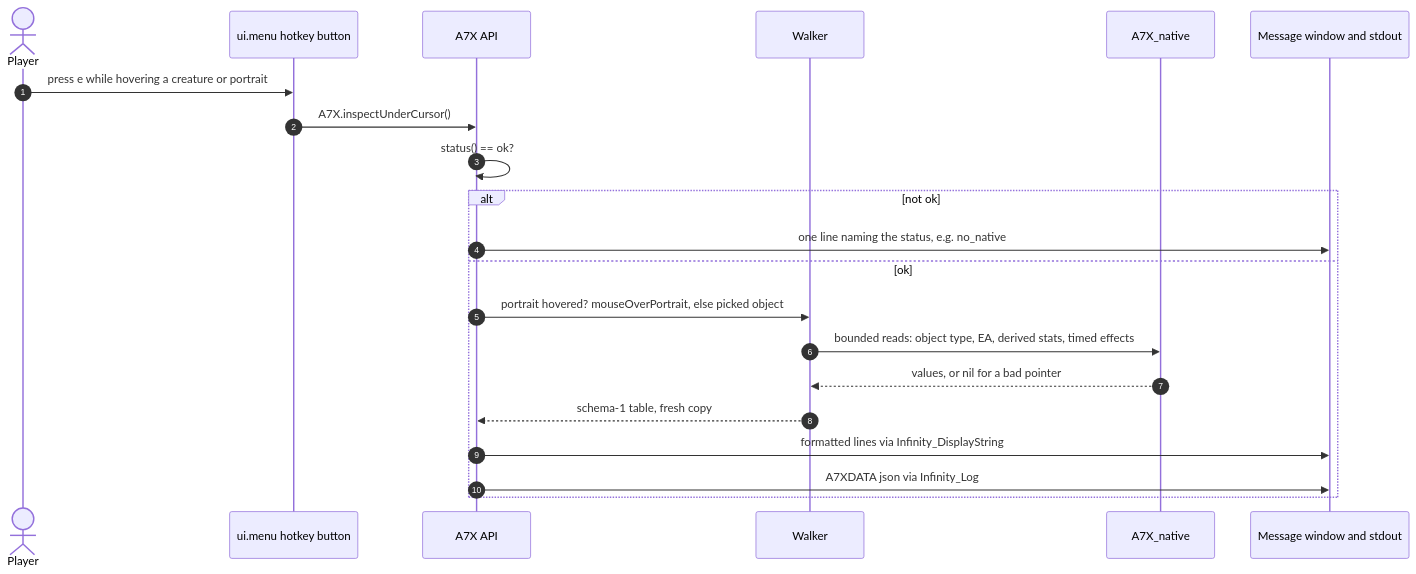
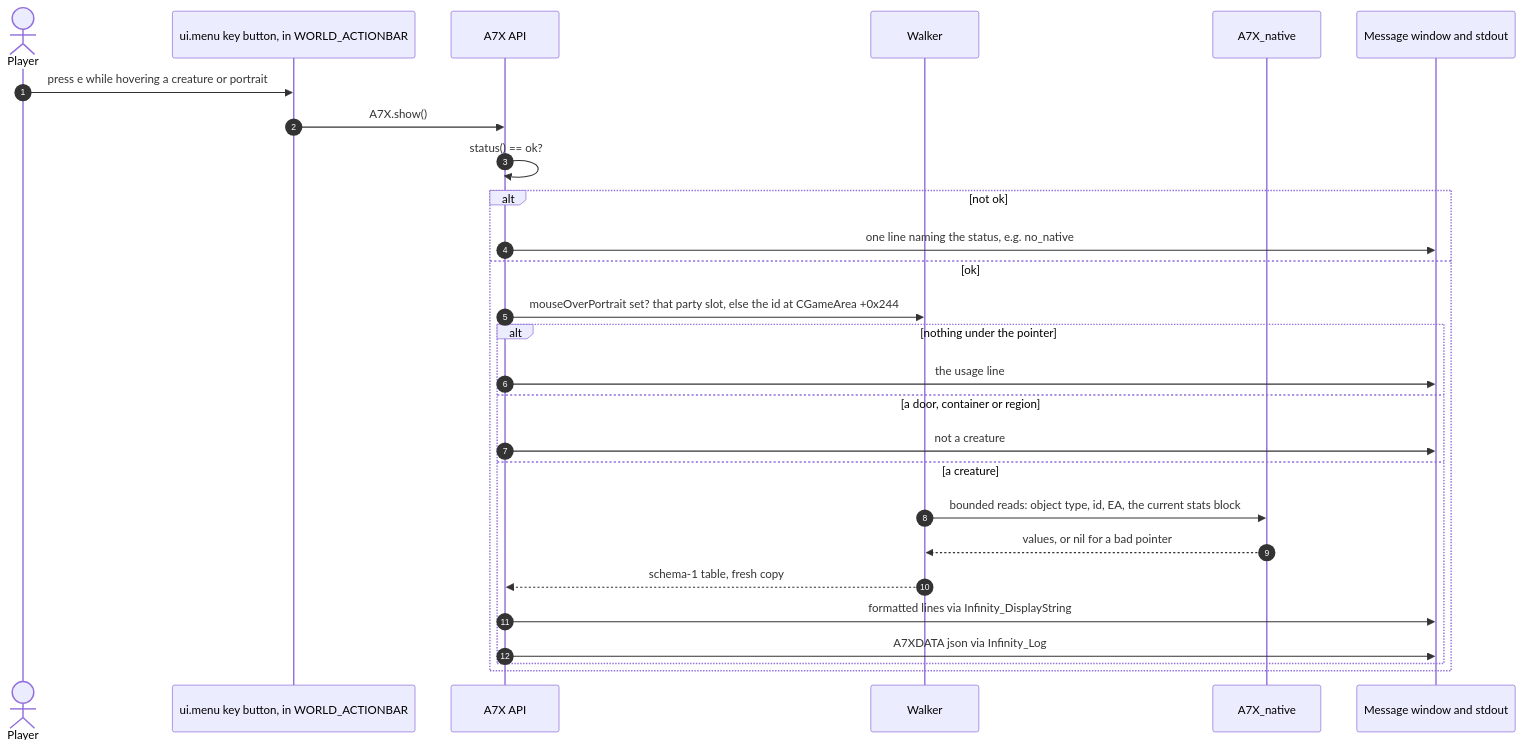
One commit to kabootit/BG2EE-Inspector changed the seventh of 8 diagrams in docs/architecture.md. Above: the diagram before and after it, drawn with Mermaid. The commit also changed other lines of this file and 8 other files, not shown here.

````diff
--- a/docs/architecture.md
+++ b/docs/architecture.md
@@ -231,23 +232,29 @@
 ```mermaid
 sequenceDiagram
   autonumber
   actor U as Player
-  participant UI as ui.menu hotkey button
+  participant UI as ui.menu key button, in WORLD_ACTIONBAR
   participant API as A7X API
   participant W as Walker
   participant N as A7X_native
   participant OUT as Message window and stdout
   U->>UI: press e while hovering a creature or portrait
-  UI->>API: A7X.inspectUnderCursor()
+  UI->>API: A7X.show()
   API->>API: status() == ok?
   alt not ok
     API->>OUT: one line naming the status, e.g. no_native
   else ok
-    API->>W: portrait hovered? mouseOverPortrait, else picked object
-    W->>N: bounded reads: object type, EA, derived stats, timed effects
-    N-->>W: values, or nil for a bad pointer
-    W-->>API: schema-1 table, fresh copy
-    API->>OUT: formatted lines via Infinity_DisplayString
-    API->>OUT: A7XDATA json via Infinity_Log
+    API->>W: mouseOverPortrait set? that party slot, else the id at CGameArea +0x244
+    alt nothing under the pointer
+      API->>OUT: the usage line
+    else a door, container or region
+      API->>OUT: not a creature
+    else a creature
+      W->>N: bounded reads: object type, id, EA, the current stats block
+      N-->>W: values, or nil for a bad pointer
+      W-->>API: schema-1 table, fresh copy
+      API->>OUT: formatted lines via Infinity_DisplayString
+      API->>OUT: A7XDATA json via Infinity_Log
+    end
   end
 ```
````
